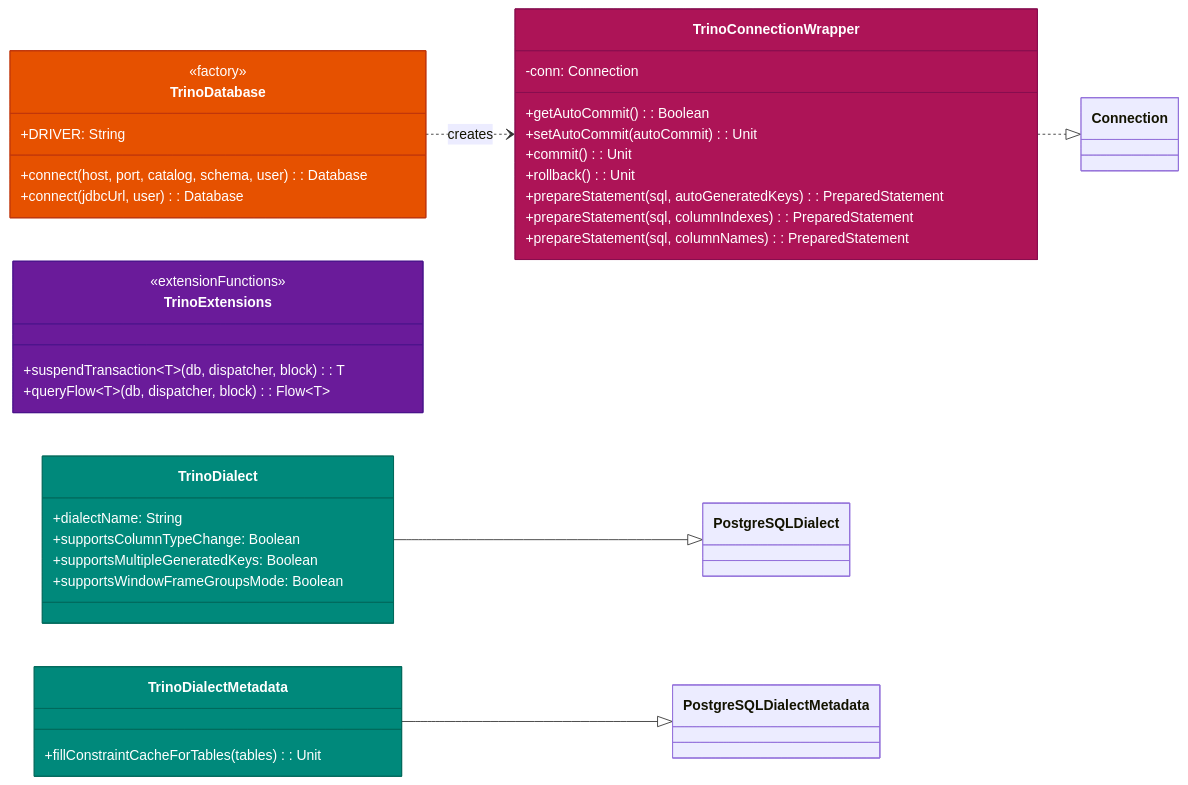
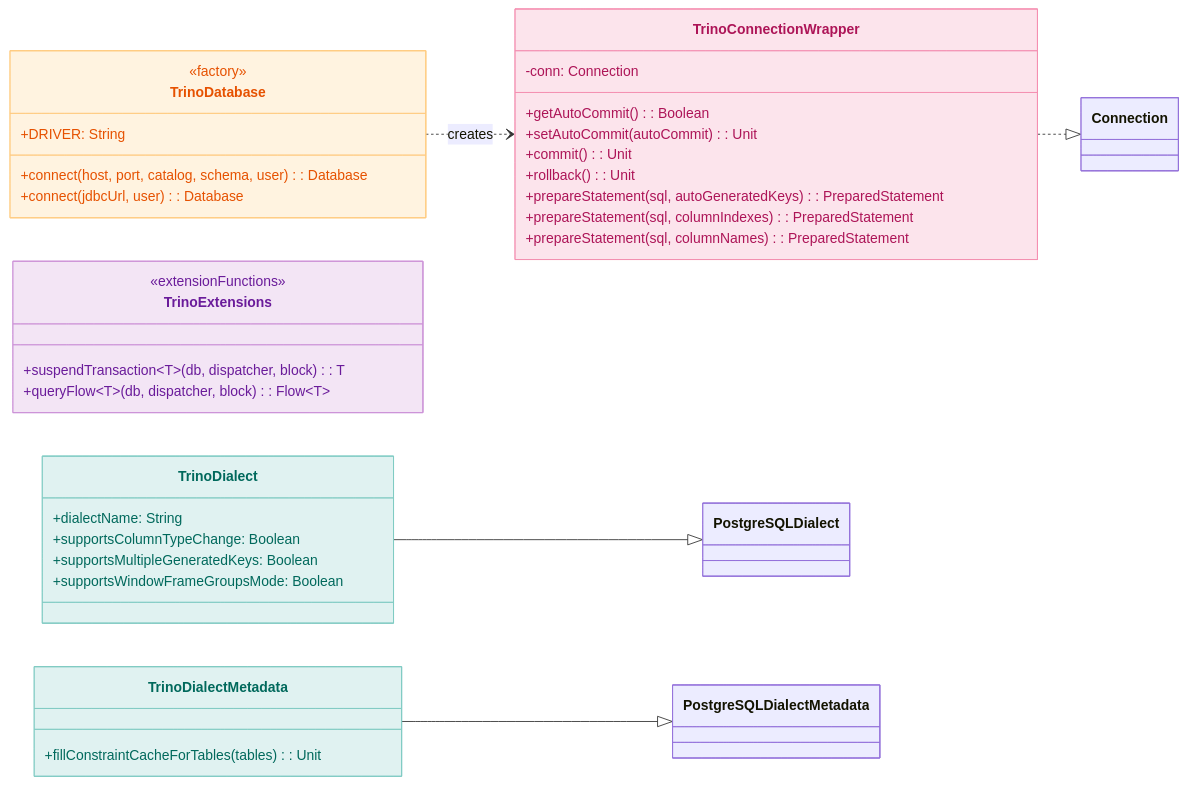
Before and after one commit to bluetape4k/bluetape4k-projects: the first of 2 diagrams in data/exposed-trino/README.md, drawn with Mermaid. The commit also changed other lines of this file and 219 other files, not shown here.

First line of the commit message:
docs: 전체 README Mermaid 다이어그램 가이드 적용

````diff
--- a/data/exposed-trino/README.md
+++ b/data/exposed-trino/README.md
@@ -168,45 +168,45 @@
 ```mermaid
 classDiagram
     direction LR
     class TrinoDatabase {
         <<factory>>
         +DRIVER: String
         +connect(host, port, catalog, schema, user): Database
         +connect(jdbcUrl, user): Database
     }
     class TrinoExtensions {
         <<extensionFunctions>>
         +suspendTransaction~T~(db, dispatcher, block): T
         +queryFlow~T~(db, dispatcher, block): Flow~T~
     }
     class TrinoConnectionWrapper {
         -conn: Connection
         +getAutoCommit(): Boolean
         +setAutoCommit(autoCommit): Unit
         +commit(): Unit
         +rollback(): Unit
         +prepareStatement(sql, autoGeneratedKeys): PreparedStatement
         +prepareStatement(sql, columnIndexes): PreparedStatement
         +prepareStatement(sql, columnNames): PreparedStatement
     }
     class TrinoDialect {
         +dialectName: String
         +supportsColumnTypeChange: Boolean
         +supportsMultipleGeneratedKeys: Boolean
         +supportsWindowFrameGroupsMode: Boolean
     }
     class TrinoDialectMetadata {
         +fillConstraintCacheForTables(tables): Unit
     }
 
     TrinoDialect --|> PostgreSQLDialect
     TrinoDialectMetadata --|> PostgreSQLDialectMetadata
     TrinoDatabase ..> TrinoConnectionWrapper : creates
     TrinoConnectionWrapper ..|> Connection
 
-    style TrinoDatabase fill:#E65100,stroke:#BF360C,color:#FFFFFF
-    style TrinoExtensions fill:#6A1B9A,stroke:#4A148C,color:#FFFFFF
-    style TrinoConnectionWrapper fill:#AD1457,stroke:#880E4F,color:#FFFFFF
-    style TrinoDialect fill:#00897B,stroke:#00695C,color:#FFFFFF
-    style TrinoDialectMetadata fill:#00897B,stroke:#00695C,color:#FFFFFF
+    style TrinoDatabase fill:#FFF3E0,stroke:#FFCC80,color:#E65100
+    style TrinoExtensions fill:#F3E5F5,stroke:#CE93D8,color:#6A1B9A
+    style TrinoConnectionWrapper fill:#FCE4EC,stroke:#F48FB1,color:#AD1457
+    style TrinoDialect fill:#E0F2F1,stroke:#80CBC4,color:#00695C
+    style TrinoDialectMetadata fill:#E0F2F1,stroke:#80CBC4,color:#00695C
 ```
````
